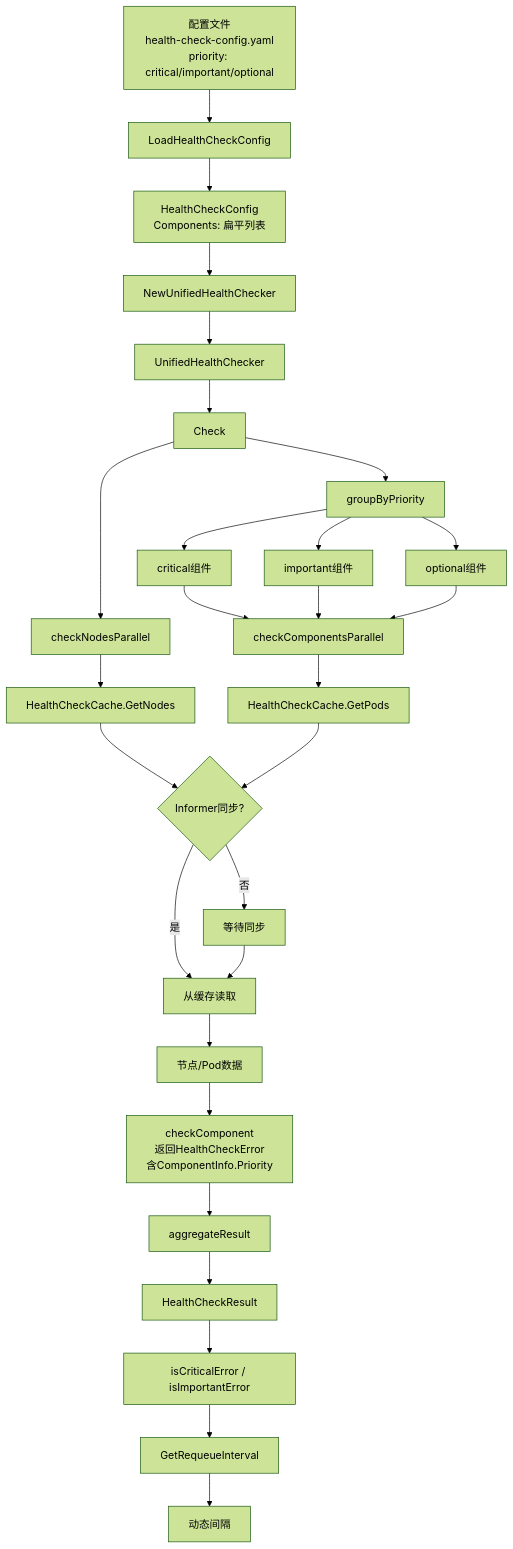
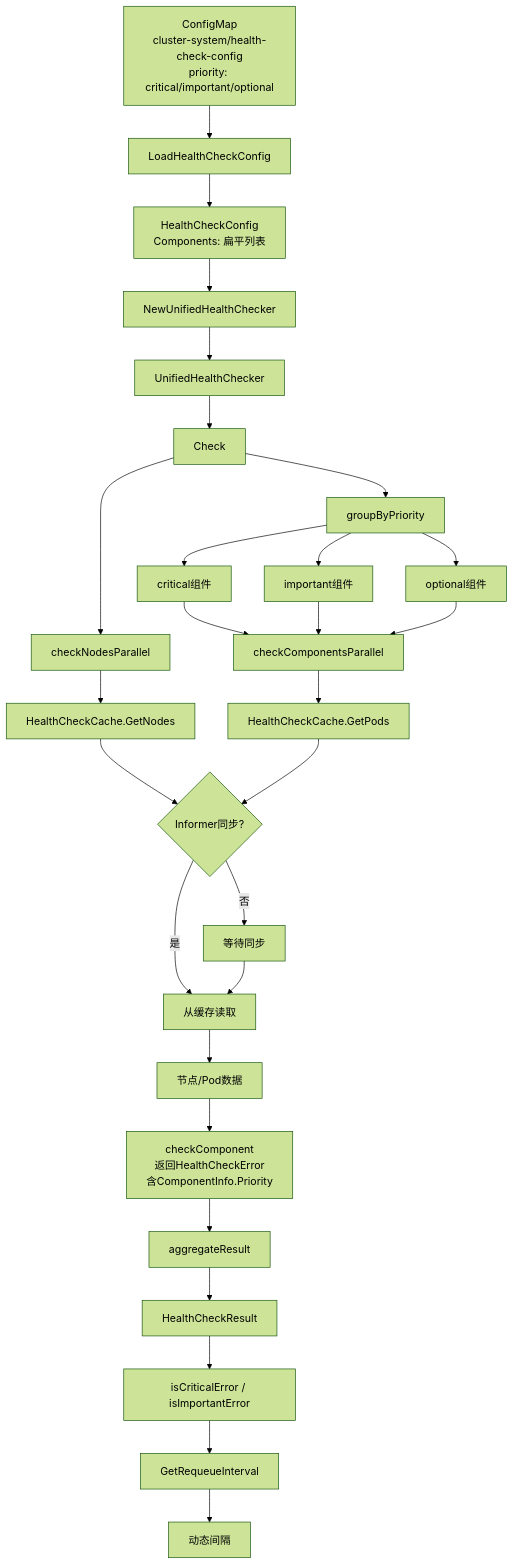
Before and after one commit to javadoors/cluster-api-provider-bke: the fifth of 10 diagrams in code/performance/report/health-check-convergence.md, drawn with Mermaid (forest theme). The commit also changed other lines of this file, not shown here.

````diff
--- a/code/performance/report/health-check-convergence.md
+++ b/code/performance/report/health-check-convergence.md
@@ -1164,38 +1221,38 @@
 ```mermaid
 graph TD
-    A[配置文件<br/>health-check-config.yaml<br/>priority: critical/important/optional] --> B[LoadHealthCheckConfig]
+    A[ConfigMap<br/>cluster-system/health-check-config<br/>priority: critical/important/optional] --> B[LoadHealthCheckConfig]
     B --> C[HealthCheckConfig<br/>Components: 扁平列表]
     
     C --> D[NewUnifiedHealthChecker]
     D --> E[UnifiedHealthChecker]
     
     E --> F[Check]
     F --> G[checkNodesParallel]
     F --> H[groupByPriority]
     H --> H1[critical组件]
     H --> H2[important组件]
     H --> H3[optional组件]
     H1 --> I[checkComponentsParallel]
     H2 --> I
     H3 --> I
     
     G --> J[HealthCheckCache.GetNodes]
     I --> K[HealthCheckCache.GetPods]
     
     J --> L{Informer同步?}
     L -->|是| M[从缓存读取]
     L -->|否| N[等待同步]
     N --> M
     
     K --> L
     
     M --> U[节点/Pod数据]
     
     U --> V[checkComponent<br/>返回HealthCheckError<br/>含ComponentInfo.Priority]
     V --> W[aggregateResult]
     W --> X[HealthCheckResult]
     
     X --> Y[isCriticalError / isImportantError]
     Y --> Z[GetRequeueInterval]
     Z --> AA[动态间隔]
 ```
````
